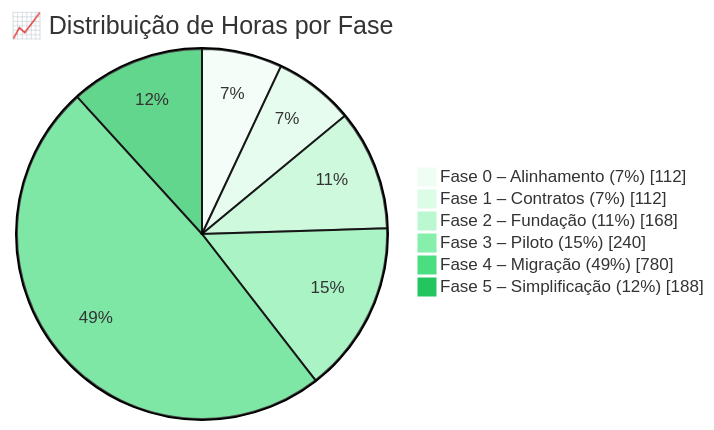
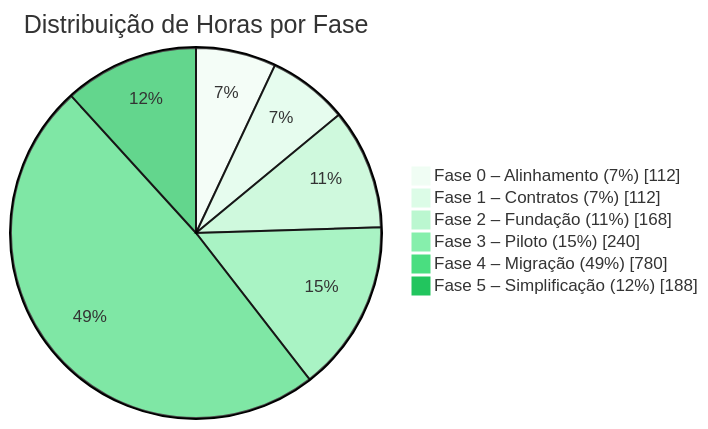
Diagram 12 of 14 in docs/planoProjetoModernizacao.md (Evilazaro/Azure-LogicApps-Monitoring), drawn with Mermaid before and after one commit. The commit also changed other lines of this file, not shown here.

Commit message:
docs: Enhance mermaid diagrams with improved titles and section headers for better clarity and organization

````diff
--- a/docs/planoProjetoModernizacao.md
+++ b/docs/planoProjetoModernizacao.md
@@ -2123,18 +2126,21 @@
 ```mermaid
+---
+title: Distribuição de Horas por Fase
+---
 %%{init: { 'theme': 'base', 'themeVariables': {
     'pie1': '#F0FDF4',
     'pie2': '#DCFCE7',
     'pie3': '#BBF7D0',
     'pie4': '#86EFAC',
     'pie5': '#4ADE80',
     'pie6': '#22C55E'
 } } }%%
 pie showData
-    title 📈 Distribuição de Horas por Fase
+    %% ===== DISTRIBUIÇÃO POR FASE =====
     "Fase 0 – Alinhamento (7%)" : 112
     "Fase 1 – Contratos (7%)" : 112
     "Fase 2 – Fundação (11%)" : 168
     "Fase 3 – Piloto (15%)" : 240
     "Fase 4 – Migração (49%)" : 780
     "Fase 5 – Simplificação (12%)" : 188
 ```
````
